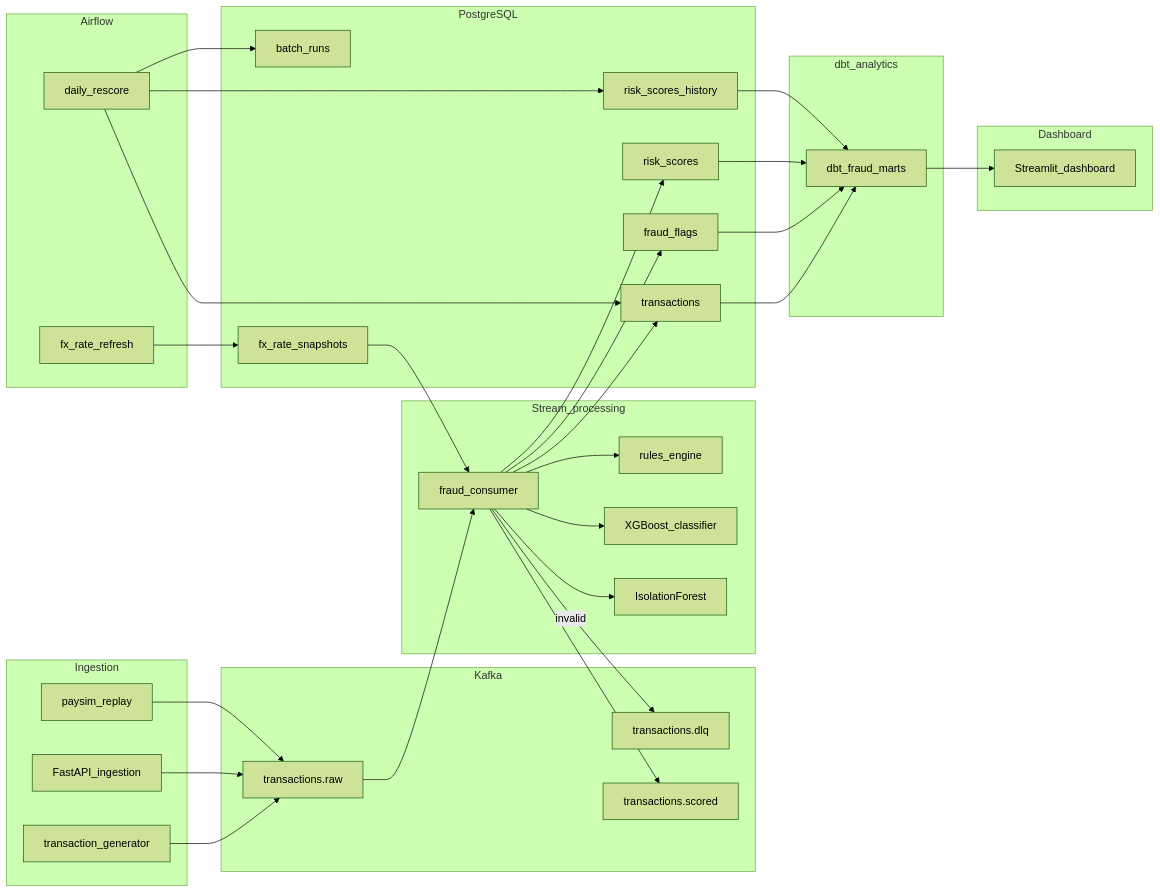
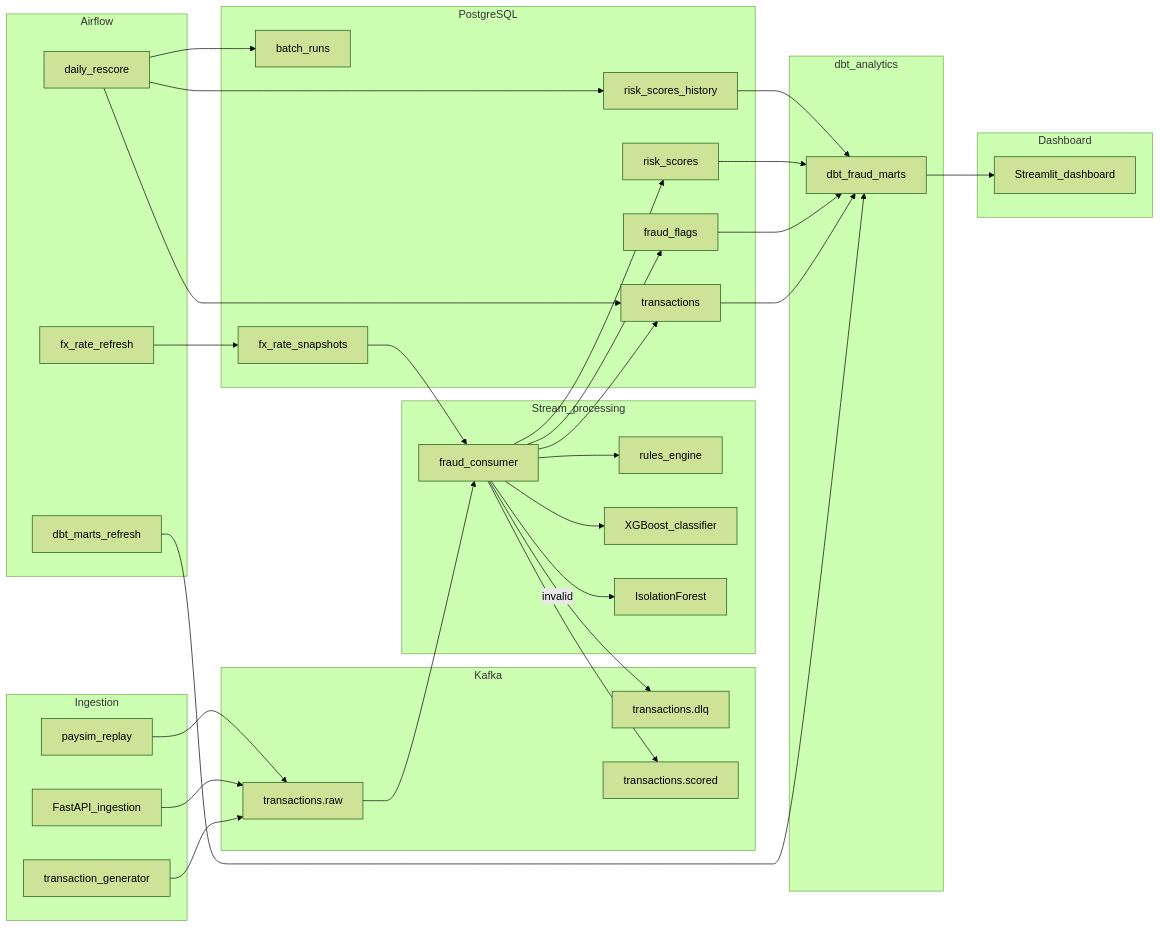
The diagram in README.md (mnaufaldr01/real-time-fraud-detection), drawn with Mermaid (forest theme) before and after one commit. The commit also changed other lines of this file and 10 other files, not shown here.

````diff
--- a/README.md
+++ b/README.md
@@ -5,59 +5,61 @@
 ```mermaid
 flowchart LR
   subgraph ingest [Ingestion]
     Gen[transaction_generator]
     API[FastAPI_ingestion]
     PaySim[paysim_replay]
   end
   subgraph kafka [Kafka]
     Raw[transactions.raw]
     DLQ[transactions.dlq]
     Scored[transactions.scored]
   end
   subgraph stream [Stream_processing]
     Consumer[fraud_consumer]
     Rules[rules_engine]
     XGB[XGBoost_classifier]
     IF[IsolationForest]
   end
   subgraph store [PostgreSQL]
     Txn[transactions]
     Risk[risk_scores]
     Flags[fraud_flags]
     Hist[risk_scores_history]
     Runs[batch_runs]
     FX[fx_rate_snapshots]
   end
   subgraph batch [Airflow]
     Rescore[daily_rescore]
     FxDAG[fx_rate_refresh]
+    DbtRefresh[dbt_marts_refresh]
   end
   subgraph analytics [dbt_analytics]
     dbt[dbt_fraud_marts]
   end
   subgraph ui [Dashboard]
     Dash[Streamlit_dashboard]
   end
   Gen --> Raw
   API --> Raw
   PaySim --> Raw
   Raw --> Consumer
   Consumer -->|invalid| DLQ
   Consumer --> Rules
   Consumer --> XGB
   Consumer --> IF
   Consumer --> Scored
   Consumer --> Txn
   Consumer --> Risk
   Consumer --> Flags
   FxDAG --> FX
   FX --> Consumer
   Rescore --> Txn
   Rescore --> Hist
   Rescore --> Runs
+  DbtRefresh --> dbt
   Txn --> dbt
   Flags --> dbt
   Risk --> dbt
   Hist --> dbt
   dbt --> Dash
 ```
````
